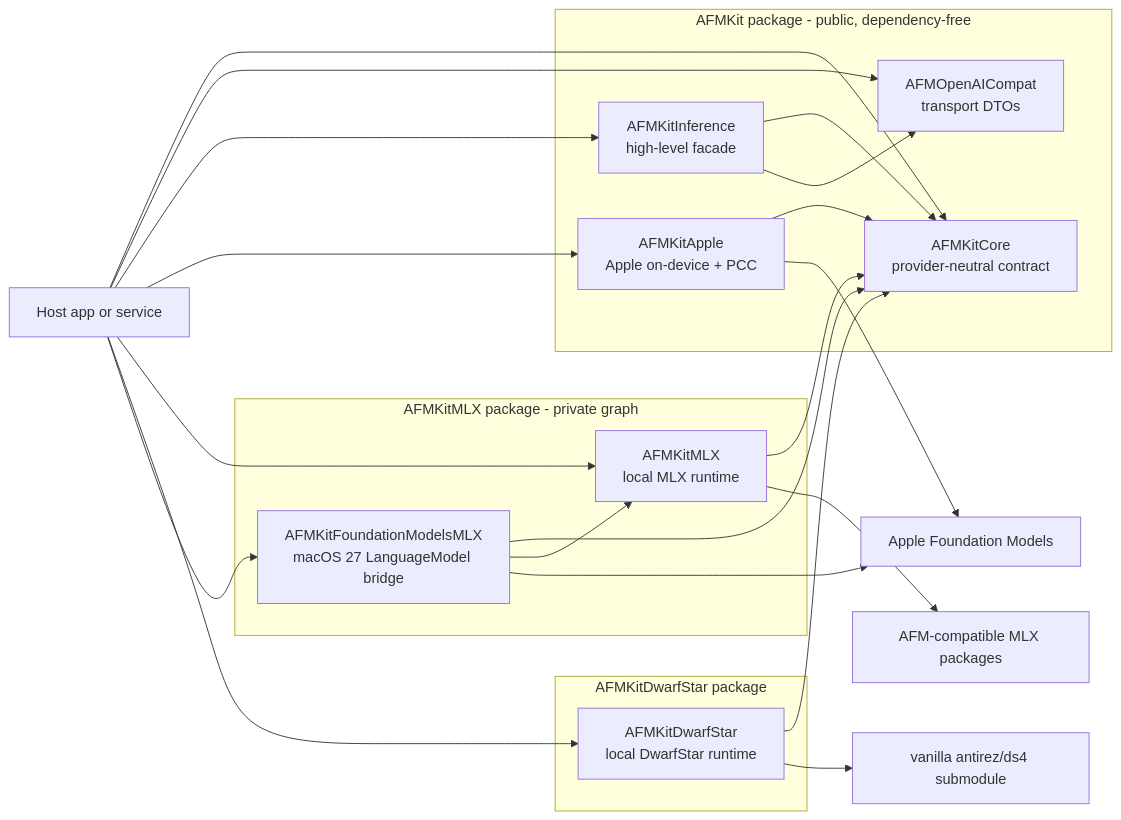
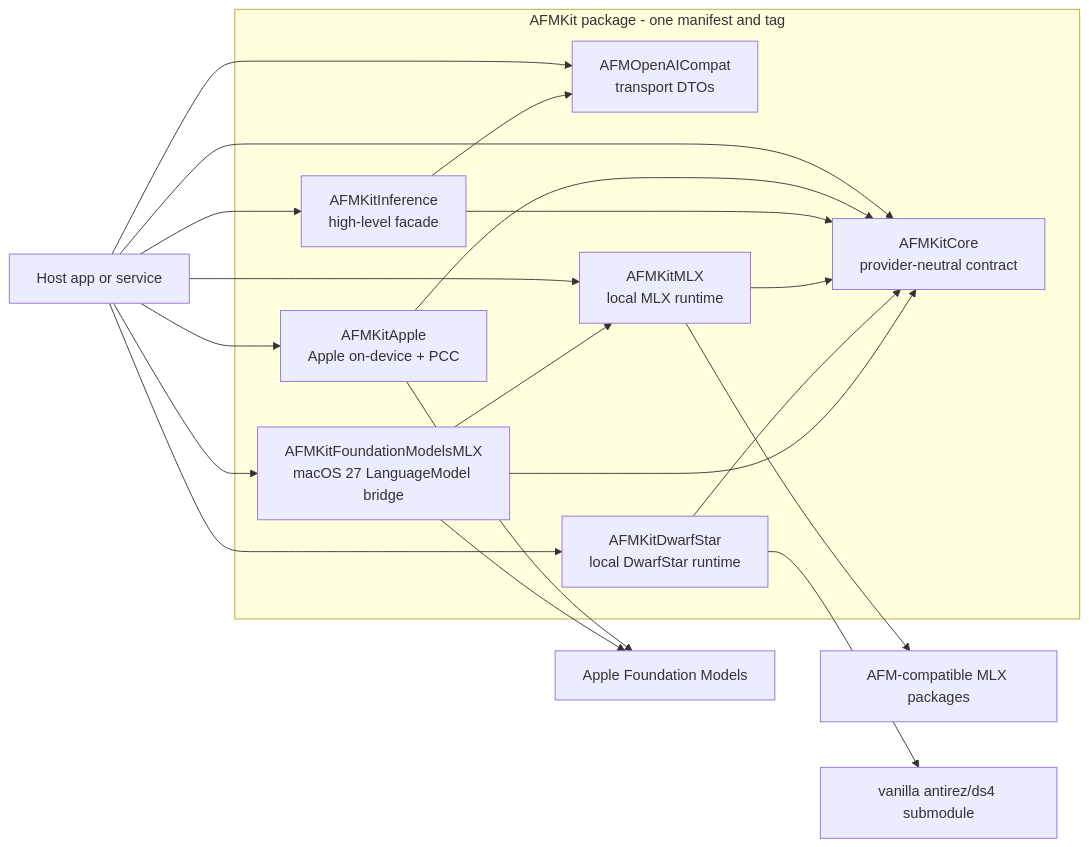
Before and after one commit to scouzi1966/AFMKit: the diagram in Architecture/README.md, drawn with Mermaid. The commit also changed other lines of this file and 36 other files, not shown here.

Commit message:
Consolidate AFMKit into one package

````diff
--- a/Architecture/README.md
+++ b/Architecture/README.md
@@ -68,35 +66,31 @@
 ```mermaid
 flowchart LR
     Host["Host app or service"] --> Core["AFMKitCore\nprovider-neutral contract"]
     Host --> OAI["AFMOpenAICompat\ntransport DTOs"]
     Host --> Inference["AFMKitInference\nhigh-level facade"]
     Host --> Apple["AFMKitApple\nApple on-device + PCC"]
     Host --> MLX["AFMKitMLX\nlocal MLX runtime"]
     Host --> DS["AFMKitDwarfStar\nlocal DwarfStar runtime"]
     Host --> FMMLX["AFMKitFoundationModelsMLX\nmacOS 27 LanguageModel bridge"]
     Apple --> Core
     Inference --> Core
     Inference --> OAI
     MLX --> Core
     DS --> Core
     FMMLX --> Core
     FMMLX --> MLX
     Apple --> Foundation["Apple Foundation Models"]
     FMMLX --> Foundation
     MLX --> GitMLX["AFM-compatible MLX packages"]
     DS --> GitDS["vanilla antirez/ds4 submodule"]
 
-    subgraph PublicPackage["AFMKit package - public, dependency-free"]
+    subgraph PublicPackage["AFMKit package - one manifest and tag"]
         Core
         OAI
         Inference
         Apple
-    end
-    subgraph DwarfPackage["AFMKitDwarfStar package"]
         DS
-    end
-    subgraph MLXPackage["AFMKitMLX package - private graph"]
         MLX
         FMMLX
     end
 ```
````
